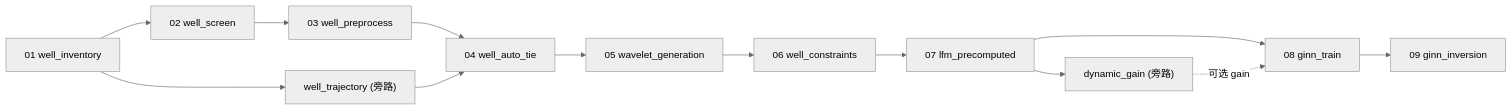
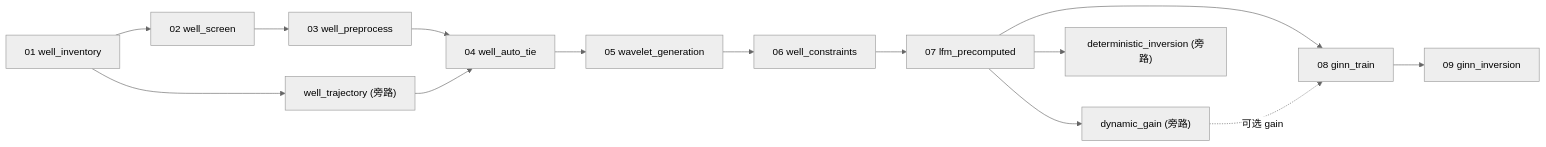
Before and after one commit to oimero/inversion_workflow: the diagram in docs/concepts/time-domain-workflow.md, drawn with Mermaid (neutral theme). The commit also changed other lines of this file and 15 other files, not shown here.

````diff
--- a/docs/concepts/time-domain-workflow.md
+++ b/docs/concepts/time-domain-workflow.md
@@ -30,15 +33,16 @@
 ```mermaid
 flowchart LR
   A["01 well_inventory"] --> B["02 well_screen"]
   B --> C["03 well_preprocess"]
   C --> D["04 well_auto_tie"]
   D --> E["05 wavelet_generation"]
   E --> F["06 well_constraints"]
   F --> G["07 lfm_precomputed"]
   G --> H["08 ginn_train"]
   H --> I["09 ginn_inversion"]
   A --> T["well_trajectory (旁路)"]
   T --> D
   G --> DG["dynamic_gain (旁路)"]
   DG -. "可选 gain" .-> H
+  G --> DI["deterministic_inversion (旁路)"]
 ```
````
